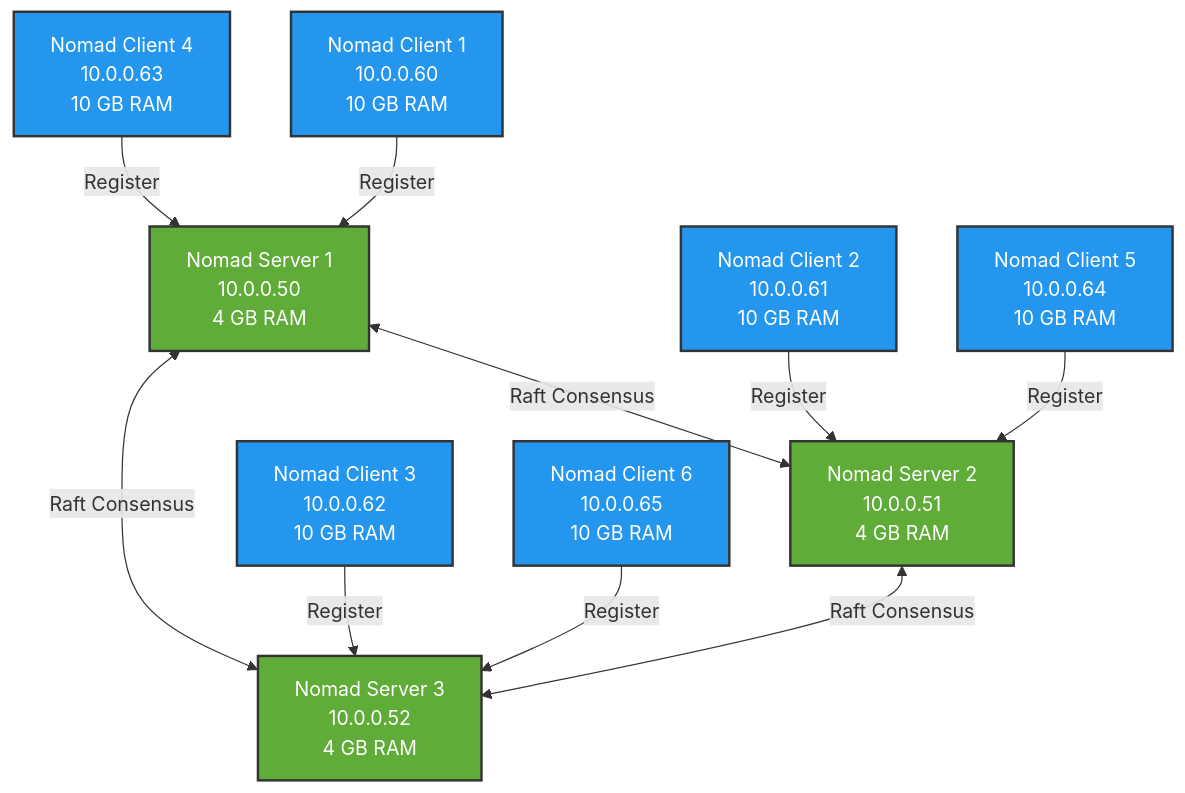
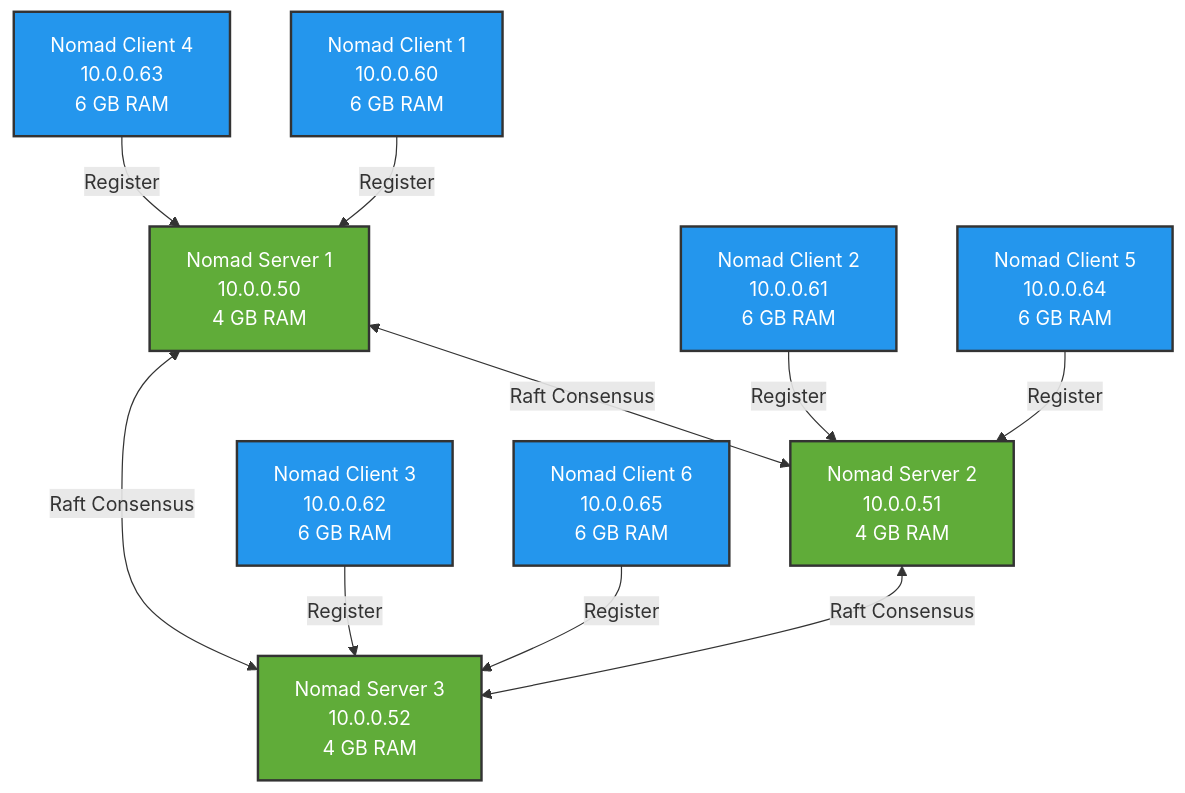
One commit to jharter1/hashi_homelab changed the first of 3 diagrams in README.md. Above: the diagram before and after it, drawn with Mermaid. The commit also changed other lines of this file and 33 other files, not shown here.

````diff
--- a/README.md
+++ b/README.md
@@ -44,33 +44,33 @@
 ```mermaid
 graph TD
     Server1[Nomad Server 1<br/>10.0.0.50<br/>4 GB RAM]
     Server2[Nomad Server 2<br/>10.0.0.51<br/>4 GB RAM]
     Server3[Nomad Server 3<br/>10.0.0.52<br/>4 GB RAM]
-    Client1[Nomad Client 1<br/>10.0.0.60<br/>10 GB RAM]
-    Client2[Nomad Client 2<br/>10.0.0.61<br/>10 GB RAM]
-    Client3[Nomad Client 3<br/>10.0.0.62<br/>10 GB RAM]
-    Client4[Nomad Client 4<br/>10.0.0.63<br/>10 GB RAM]
-    Client5[Nomad Client 5<br/>10.0.0.64<br/>10 GB RAM]
-    Client6[Nomad Client 6<br/>10.0.0.65<br/>10 GB RAM]
+    Client1[Nomad Client 1<br/>10.0.0.60<br/>6 GB RAM]
+    Client2[Nomad Client 2<br/>10.0.0.61<br/>6 GB RAM]
+    Client3[Nomad Client 3<br/>10.0.0.62<br/>6 GB RAM]
+    Client4[Nomad Client 4<br/>10.0.0.63<br/>6 GB RAM]
+    Client5[Nomad Client 5<br/>10.0.0.64<br/>6 GB RAM]
+    Client6[Nomad Client 6<br/>10.0.0.65<br/>6 GB RAM]
     
     Server1 <-->|Raft Consensus| Server2
     Server2 <-->|Raft Consensus| Server3
     Server3 <-->|Raft Consensus| Server1
     
     Client1 -->|Register| Server1
     Client2 -->|Register| Server2
     Client3 -->|Register| Server3
     Client4 -->|Register| Server1
     Client5 -->|Register| Server2
     Client6 -->|Register| Server3
     
     style Server1 fill:#60ac39,stroke:#333,stroke-width:2px,color:white
     style Server2 fill:#60ac39,stroke:#333,stroke-width:2px,color:white
     style Server3 fill:#60ac39,stroke:#333,stroke-width:2px,color:white
     style Client1 fill:#2496ed,stroke:#333,stroke-width:2px,color:white
     style Client2 fill:#2496ed,stroke:#333,stroke-width:2px,color:white
     style Client3 fill:#2496ed,stroke:#333,stroke-width:2px,color:white
     style Client4 fill:#2496ed,stroke:#333,stroke-width:2px,color:white
     style Client5 fill:#2496ed,stroke:#333,stroke-width:2px,color:white
     style Client6 fill:#2496ed,stroke:#333,stroke-width:2px,color:white
 ```
````
